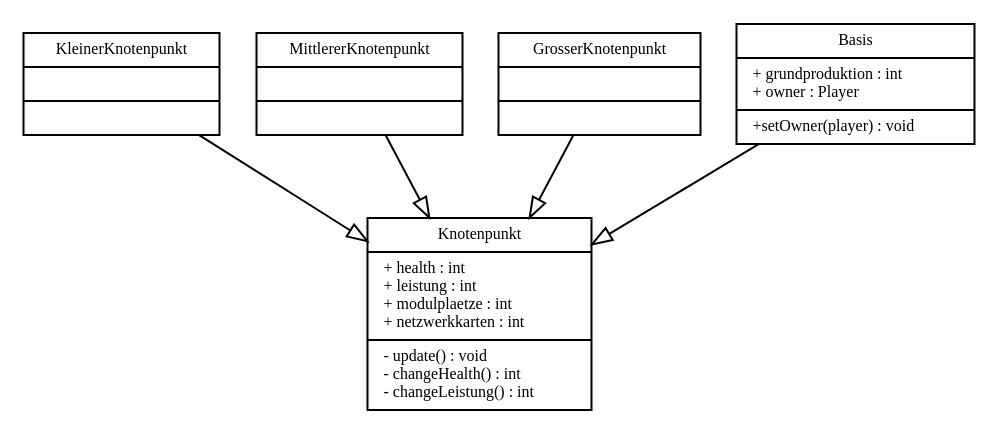
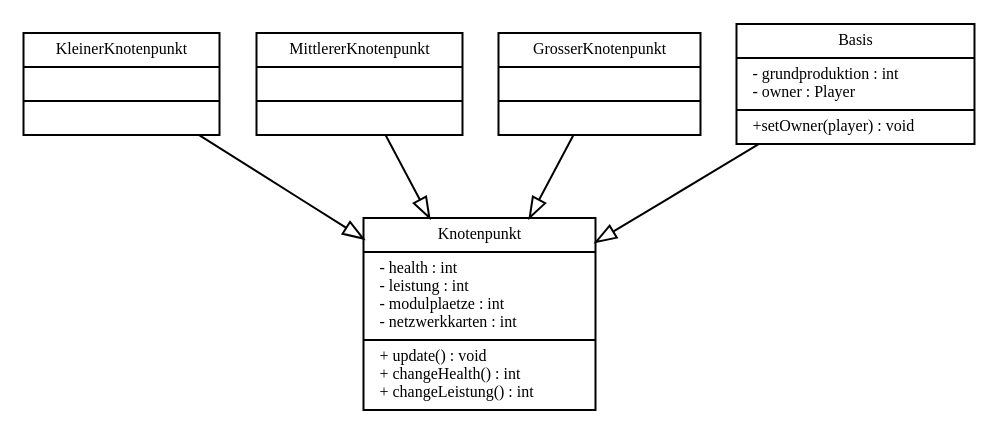
The diagram in UML/Knotenpunkte.dot (Dumbaz/AEGSim), drawn with Graphviz before and after one commit. The commit also changed 1 other file, not shown here.

```diff
--- a/UML/Knotenpunkte.dot
+++ b/UML/Knotenpunkte.dot
@@ -1,44 +1,44 @@
 digraph G {
 	fontname = "Bitstream Vera Sans"
 	fontsize = 8
 
 	node [
 		fontname = "Bitstream Vera Sans"
 		fontsize = 8
 		shape = "record"
 	]
 
 	edge [
 		fontname = "Bitstream Vera Sans"
 		fontsize = 8
 	]
 
 	Knotenpunkt [
-		label = "{Knotenpunkt|+ health : int\l+ leistung : int\l+ modulplaetze : int\l+ netzwerkkarten : int\l|- update() : void\l- changeHealth() : int\l- changeLeistung() : int\l}"
+		label = "{Knotenpunkt|- health : int\l- leistung : int\l- modulplaetze : int\l- netzwerkkarten : int\l|+ update() : void\l+ changeHealth() : int\l+ changeLeistung() : int\l}"
 	]
 
 	KleinerKnotenpunkt [
 		label = "{KleinerKnotenpunkt||}"
 	]
 
 	MittlererKnotenpunkt [
 		label = "{MittlererKnotenpunkt||}"
 	]
 	
 	GrosserKnotenpunkt [
 		label = "{GrosserKnotenpunkt||}"
 	]
 
 	Basis [
-        label = "{Basis|+ grundproduktion : int\l+ owner : Player\l|+setOwner(player) : void\l}"
+        label = "{Basis|- grundproduktion : int\l- owner : Player\l|+setOwner(player) : void\l}"
     ]
 
     edge [
     	arrowhead = "empty"
     ]
 
     Basis -> Knotenpunkt
     KleinerKnotenpunkt -> Knotenpunkt
     MittlererKnotenpunkt -> Knotenpunkt
     GrosserKnotenpunkt -> Knotenpunkt
 }
```
